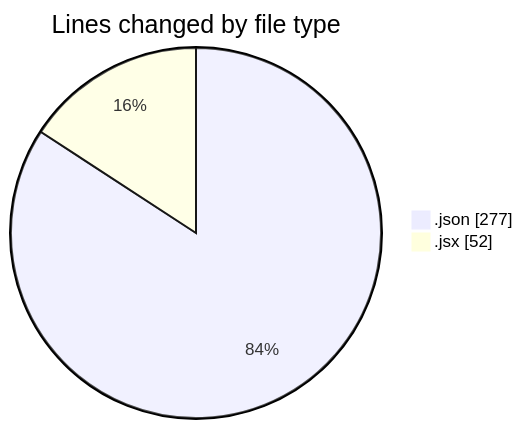
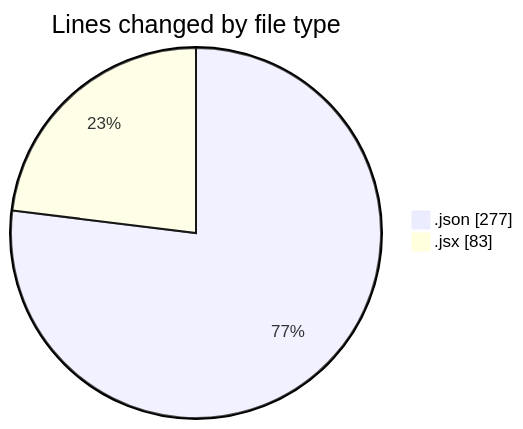
One commit to Elitesun/code-tracking changed the first of 2 diagrams in 2025-02-11/react_ecom/README.md. Above: the diagram before and after it, drawn with Mermaid. The commit also changed other lines of this file and 1 other file, not shown here.

````diff
--- a/2025-02-11/react_ecom/README.md
+++ b/2025-02-11/react_ecom/README.md
@@ -21,6 +23,6 @@
 ```mermaid
 pie showData
 title Lines changed by file type
 ".json" : 277
-".jsx" : 52
+".jsx" : 83
 ```
````
